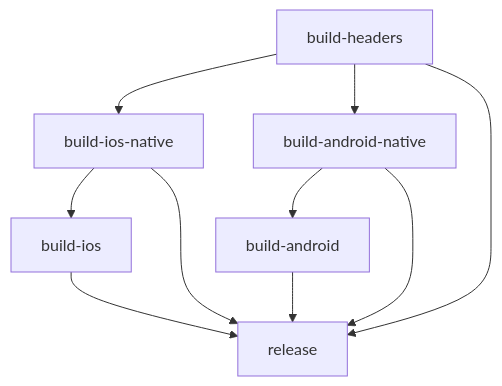
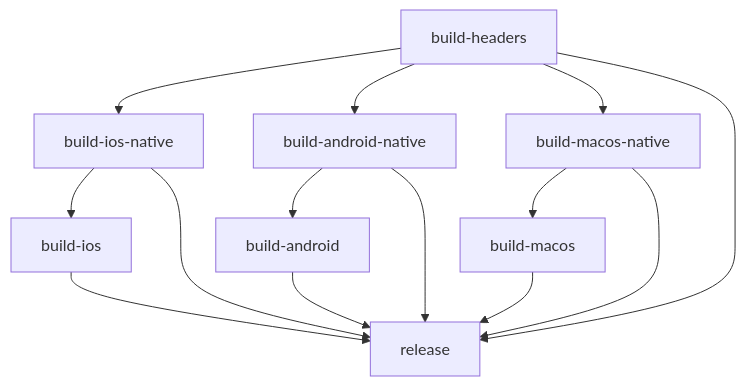
The diagram in doc/IMPLEMENTATION-CI-CD.md (agus-works/agus-maps-flutter), drawn with Mermaid before and after one commit. The commit also changed other lines of this file and 33 other files, not shown here.

````diff
--- a/doc/IMPLEMENTATION-CI-CD.md
+++ b/doc/IMPLEMENTATION-CI-CD.md
@@ -55,12 +77,16 @@
 ```mermaid
 graph TD
     A[build-headers] --> B[build-ios-native]
     A --> C[build-android-native]
+    A --> G[build-macos-native]
     B --> D[build-ios]
     C --> E[build-android]
+    G --> H[build-macos]
     D --> F[release]
     E --> F
+    H --> F
     B --> F
     C --> F
+    G --> F
     A --> F
 ```
````
